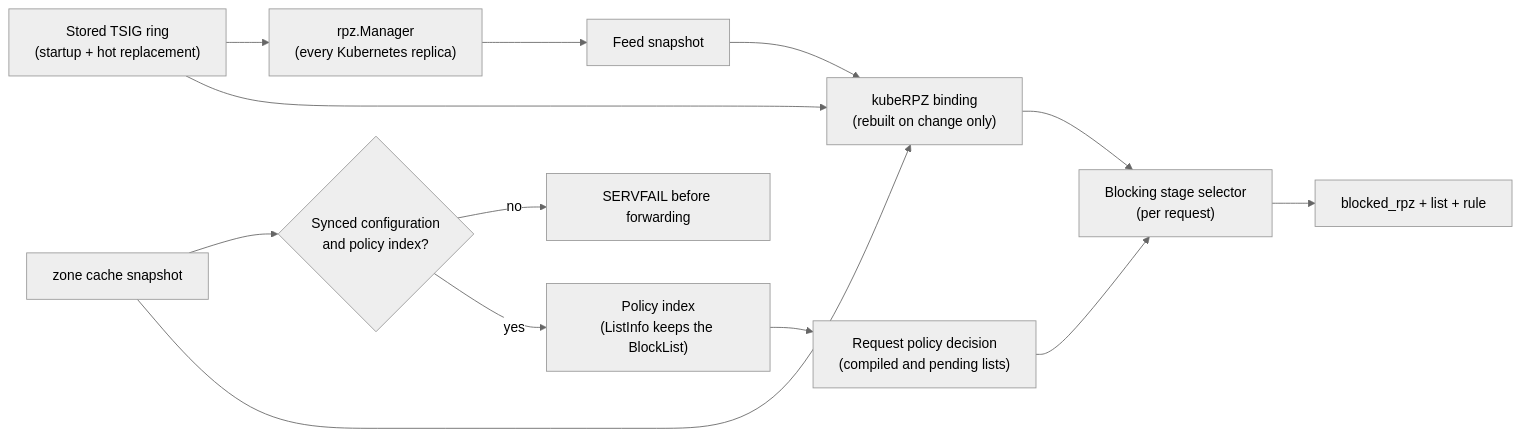
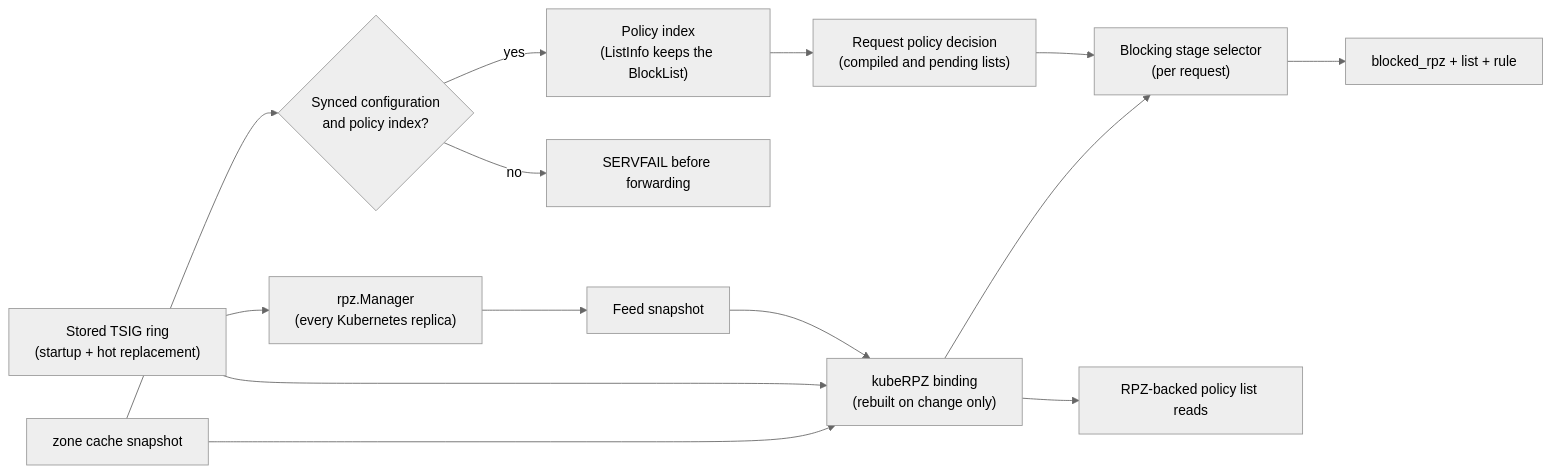
The ninth of 10 diagrams in docs/architecture/block-lists.md (robertherbaugh/kudurru), drawn with Mermaid (neutral theme) before and after one commit. The commit also changed other lines of this file and 9 other files, not shown here.

Commit message:
Project Kubernetes policy state from node-local RPZ bindings

````diff
--- a/docs/architecture/block-lists.md
+++ b/docs/architecture/block-lists.md
@@ -418,15 +423,16 @@
 ```mermaid
 flowchart LR
     KManager["rpz.Manager<br/>(every Kubernetes replica)"] --> KSnap["Feed snapshot"]
     Ring["Stored TSIG ring<br/>(startup + hot replacement)"] --> KManager
     Zc["zone cache snapshot"] --> Guard{"Synced configuration<br/>and policy index?"}
     Guard -- "no" --> Closed["SERVFAIL before forwarding"]
     Guard -- "yes" --> Index["Policy index<br/>(ListInfo keeps the BlockList)"]
     Index --> Decision["Request policy decision<br/>(compiled and pending lists)"]
     KSnap --> Bind["kubeRPZ binding<br/>(rebuilt on change only)"]
     Ring --> Bind
     Zc --> Bind
     Decision --> KSelect["Blocking stage selector<br/>(per request)"]
     Bind --> KSelect
+    Bind --> KRead["RPZ-backed policy list reads"]
     KSelect --> KHit["blocked_rpz + list + rule"]
 ```
````
